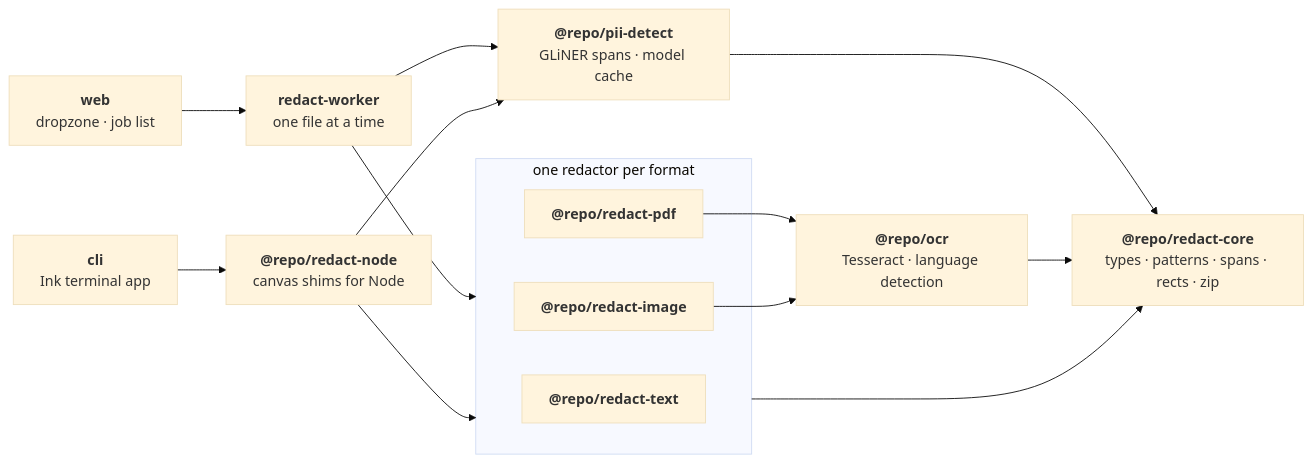
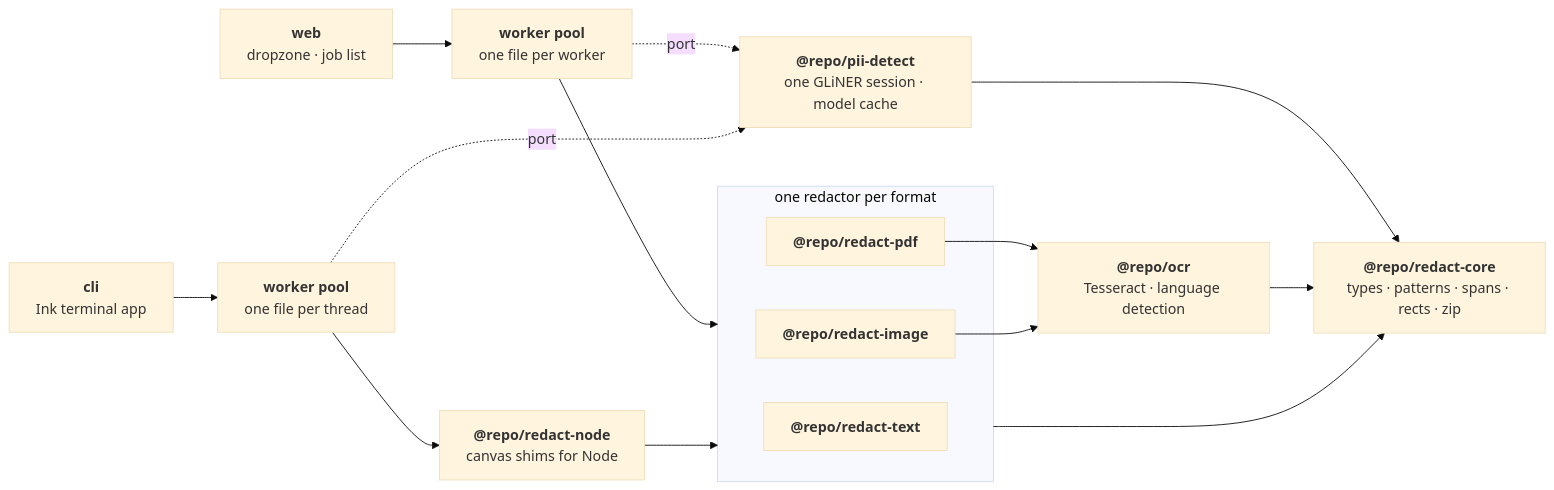
Before and after one commit to pedroapfilho/localveil: the diagram in README.md, drawn with Mermaid (base theme). The commit also changed other lines of this file, not shown here.

````diff
--- a/README.md
+++ b/README.md
@@ -84,24 +144,25 @@
 ```mermaid
 flowchart LR
-  web["<b>web</b><br/>dropzone · job list"] --> worker["<b>redact-worker</b><br/>one file at a time"]
-  cli["<b>cli</b><br/>Ink terminal app"] --> node["<b>@repo/redact-node</b><br/>canvas shims for Node"]
+  web["<b>web</b><br/>dropzone · job list"] --> pool["<b>worker pool</b><br/>one file per worker"]
+  cli["<b>cli</b><br/>Ink terminal app"] --> threads["<b>worker pool</b><br/>one file per thread"]
+  threads --> node["<b>@repo/redact-node</b><br/>canvas shims for Node"]
 
-  worker --> redactors
+  pool --> redactors
   node --> redactors
 
   subgraph redactors["one redactor per format"]
     text["<b>@repo/redact-text</b>"]
     pdf["<b>@repo/redact-pdf</b>"]
     image["<b>@repo/redact-image</b>"]
   end
 
-  worker --> detect["<b>@repo/pii-detect</b><br/>GLiNER spans · model cache"]
-  node --> detect
+  pool -. port .-> detect["<b>@repo/pii-detect</b><br/>one GLiNER session · model cache"]
+  threads -. port .-> detect
 
   pdf --> ocr["<b>@repo/ocr</b><br/>Tesseract · language detection"]
   image --> ocr
 
   redactors --> core["<b>@repo/redact-core</b><br/>types · patterns · spans · rects · zip"]
   detect --> core
   ocr --> core
 ```
````
